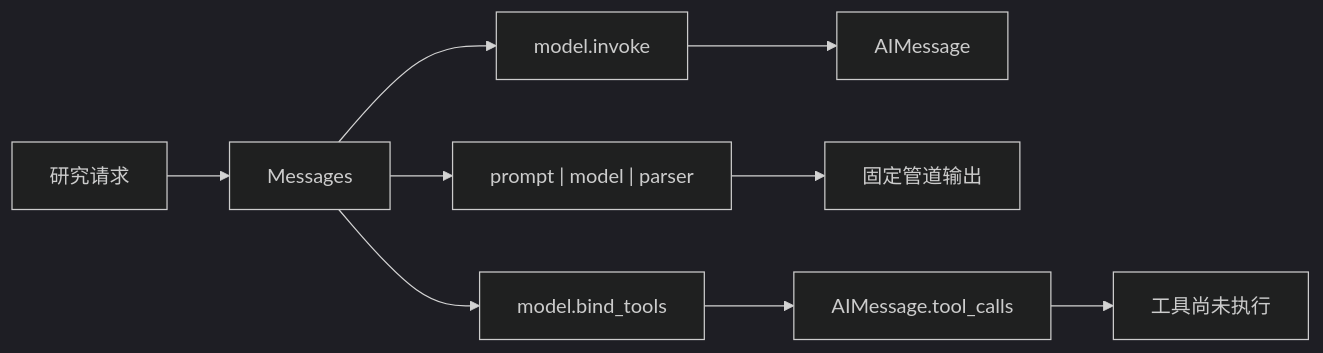
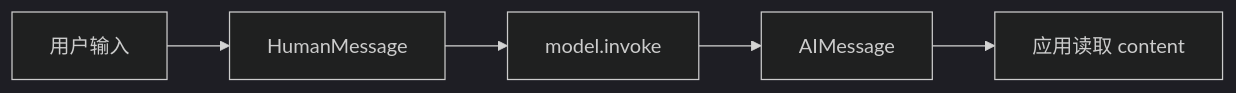
Before and after one commit to Chengyunlai/langchain-logbook: the diagram in docs-site/src/data/blog/01_Getting_Started.md, drawn with Mermaid (dark theme). The commit also changed other lines of this file and 62 other files, not shown here.

````diff
--- a/docs-site/src/data/blog/01_Getting_Started.md
+++ b/docs-site/src/data/blog/01_Getting_Started.md
@@ -29,11 +44,7 @@
 ```mermaid
 flowchart LR
-    U["研究请求"] --> M["Messages"]
-    M --> I["model.invoke"]
-    M --> R["prompt | model | parser"]
-    M --> T["model.bind_tools"]
-    I --> A["AIMessage"]
-    R --> S["固定管道输出"]
-    T --> C["AIMessage.tool_calls"]
-    C --> N["工具尚未执行"]
+    U["用户输入"] --> H["HumanMessage"]
+    H --> M["model.invoke"]
+    M --> A["AIMessage"]
+    A --> C["应用读取 content"]
 ```
````
